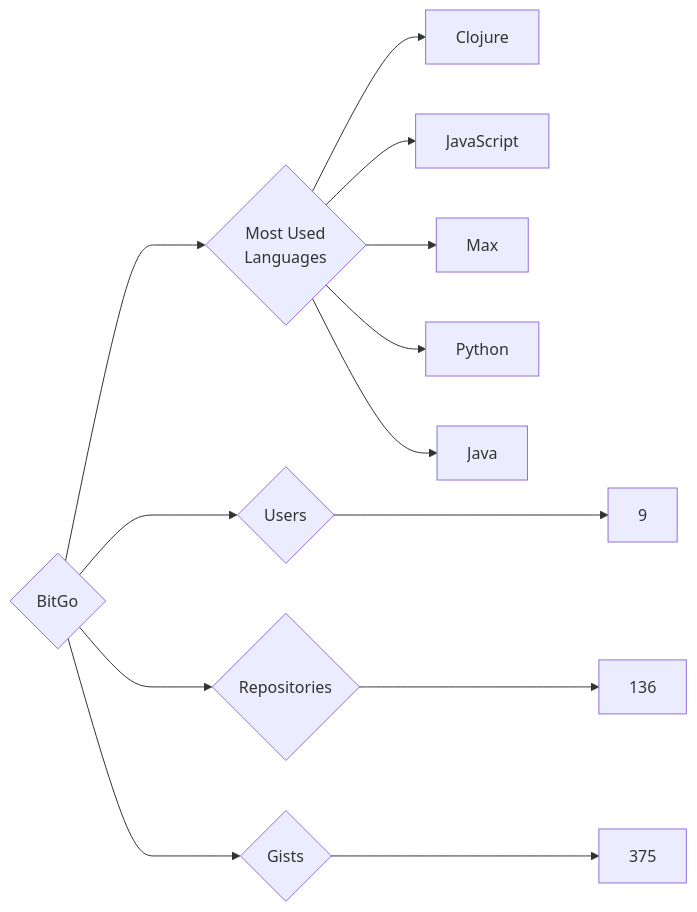
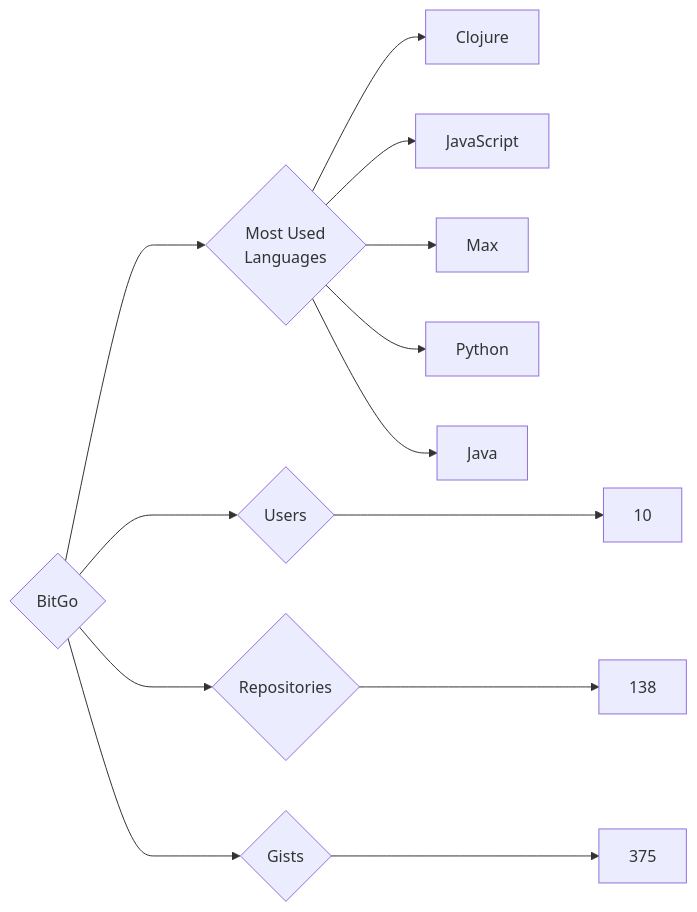
The diagram in targets/BitGo/README.md (trickest/insiders), drawn with Mermaid before and after one commit. The commit also changed 1036 other files, not shown here.

````diff
--- a/targets/BitGo/README.md
+++ b/targets/BitGo/README.md
@@ -3,13 +3,13 @@
 ```mermaid
 graph LR
 COMPANY_NAME{BitGo}
-COMPANY_NAME ---> U{Users} ---> UN[9]
-COMPANY_NAME ---> R{Repositories} ---> RN[136]
+COMPANY_NAME ---> U{Users} ---> UN[10]
+COMPANY_NAME ---> R{Repositories} ---> RN[138]
 COMPANY_NAME ---> G{Gists} ---> GN[375]
 COMPANY_NAME ---> ML{Most Used<br>Languages}
 ML --> Clojure[Clojure]
 ML --> JavaScript[JavaScript]
 ML --> Max[Max]
 ML --> Python[Python]
 ML --> Java[Java]
 ```
````
